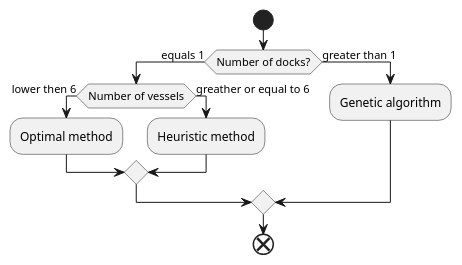
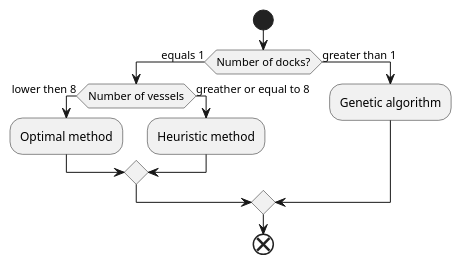
One commit to crodrigos/IARTI-2425 changed the diagram in docs/AlgorithmSelection.puml. Above: the diagram before and after it, drawn with PlantUML. The commit also changed 8 other files, not shown here.

```diff
--- a/docs/AlgorithmSelection.puml
+++ b/docs/AlgorithmSelection.puml
@@ -1,19 +1,19 @@
 @startuml
 
 !pragma useVerticalIf on
 
 start
 
 if (Number of docks?) then (equals 1)
-    if (Number of vessels) then (lower then 6)
+    if (Number of vessels) then (lower then 8)
         :Optimal method;
-    else (greather or equal to 6)
+    else (greather or equal to 8)
         :Heuristic method;
     endif
 else (greater than 1)
     :Genetic algorithm;
 endif
 
 end
 
 @enduml
```
